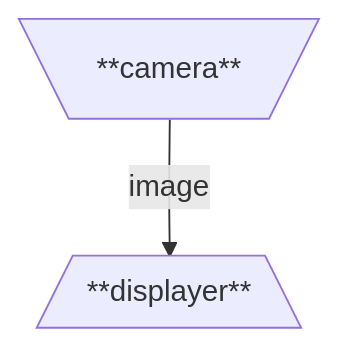
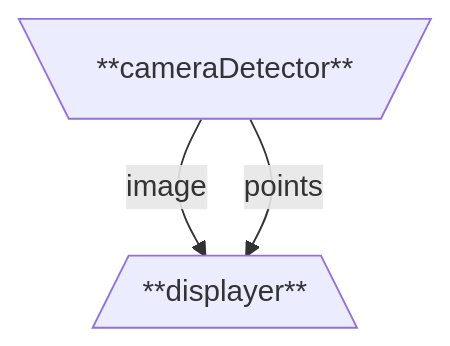
The diagram in docs/generated/dataflow.mmd (TAMU-Robomasters/Goose-Eyes), drawn with Mermaid before and after one commit. The commit also changed 2 other files, not shown here.

```diff
--- a/docs/generated/dataflow.mmd
+++ b/docs/generated/dataflow.mmd
@@ -1,4 +1,5 @@
 flowchart TB
-  camera[\"**camera**"/]
+  cameraDetector[\"**cameraDetector**"/]
   displayer[/"**displayer**"\]
-  camera -- image --> displayer
+  cameraDetector -- image --> displayer
+  cameraDetector -- points --> displayer
```
